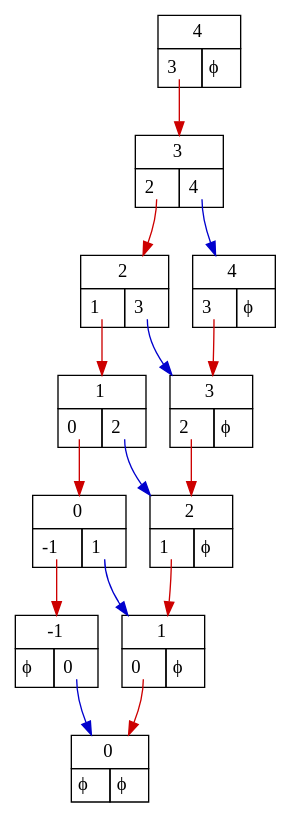
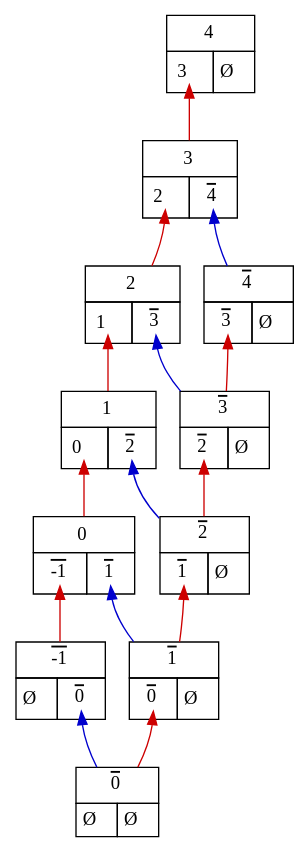
Before and after one commit to mroughan/SurrealNumbers.jl: the diagram in examples/Data/multiplication_ex_3.dot, drawn with Graphviz. The commit also changed 16 other files, not shown here.

Commit message:
update, mainly improved figure

```diff
--- a/examples/Data/multiplication_ex_3.dot
+++ b/examples/Data/multiplication_ex_3.dot
@@ -1,82 +1,82 @@
 digraph "4.0" {
    node_1 [shape=none,margin=0,label=
          <<TABLE BORDER="0" CELLBORDER="1" CELLSPACING="0" CELLPADDING="4">
-         <TR><TD COLSPAN="2">4</TD></TR>
-         <TR><TD PORT="L"> <TABLE BORDER="0" CELLBORDER="0" CELLPADDING="0"><TR><TD PORT="3,1"> 3 </TD> &nbsp; </TR></TABLE> </TD><TD PORT="R"> ϕ </TD></TR>
+         <TR><TD  CELLPADDING="5pt" COLSPAN="2">4</TD></TR>
+         <TR><TD PORT="L"> <TABLE BORDER="0" CELLBORDER="0" CELLPADDING="0"><TR><TD CELLPADDING="1pt" PORT="3,1"> 3 </TD> &nbsp; </TR></TABLE> </TD><TD PORT="R"> Ø </TD></TR>
          </TABLE>>,
          ];
-   node_1:"3,1" -> node_2 [color="red3"];
+   node_1:"3,1" -> node_2 [color="red3", dir=back];
    node_2 [shape=none,margin=0,label=
          <<TABLE BORDER="0" CELLBORDER="1" CELLSPACING="0" CELLPADDING="4">
-         <TR><TD COLSPAN="2">3</TD></TR>
-         <TR><TD PORT="L"> <TABLE BORDER="0" CELLBORDER="0" CELLPADDING="0"><TR><TD PORT="2,1"> 2 </TD> &nbsp; </TR></TABLE> </TD><TD PORT="R"> <TABLE BORDER="0" CELLBORDER="0" CELLPADDING="0"><TR><TD PORT="4,1"> 4 </TD> &nbsp; </TR></TABLE> </TD></TR>
+         <TR><TD  CELLPADDING="5pt" COLSPAN="2">3</TD></TR>
+         <TR><TD PORT="L"> <TABLE BORDER="0" CELLBORDER="0" CELLPADDING="0"><TR><TD CELLPADDING="1pt" PORT="2,1"> 2 </TD> &nbsp; </TR></TABLE> </TD><TD PORT="R"> <TABLE BORDER="0" CELLBORDER="0" CELLPADDING="0"><TR><TD CELLPADDING="1pt"  PORT="4,1"> <o>4</o> </TD> &nbsp; </TR></TABLE> </TD></TR>
          </TABLE>>,
          ];
-   node_2:"2,1" -> node_3 [color="red3"];
+   node_2:"2,1" -> node_3 [color="red3", dir=back];
    node_3 [shape=none,margin=0,label=
          <<TABLE BORDER="0" CELLBORDER="1" CELLSPACING="0" CELLPADDING="4">
-         <TR><TD COLSPAN="2">2</TD></TR>
-         <TR><TD PORT="L"> <TABLE BORDER="0" CELLBORDER="0" CELLPADDING="0"><TR><TD PORT="1,1"> 1 </TD> &nbsp; </TR></TABLE> </TD><TD PORT="R"> <TABLE BORDER="0" CELLBORDER="0" CELLPADDING="0"><TR><TD PORT="3,1"> 3 </TD> &nbsp; </TR></TABLE> </TD></TR>
+         <TR><TD  CELLPADDING="5pt" COLSPAN="2">2</TD></TR>
+         <TR><TD PORT="L"> <TABLE BORDER="0" CELLBORDER="0" CELLPADDING="0"><TR><TD CELLPADDING="1pt" PORT="1,1"> 1 </TD> &nbsp; </TR></TABLE> </TD><TD PORT="R"> <TABLE BORDER="0" CELLBORDER="0" CELLPADDING="0"><TR><TD CELLPADDING="1pt"  PORT="3,1"> <o>3</o> </TD> &nbsp; </TR></TABLE> </TD></TR>
          </TABLE>>,
          ];
-   node_3:"1,1" -> node_4 [color="red3"];
+   node_3:"1,1" -> node_4 [color="red3", dir=back];
    node_4 [shape=none,margin=0,label=
          <<TABLE BORDER="0" CELLBORDER="1" CELLSPACING="0" CELLPADDING="4">
-         <TR><TD COLSPAN="2">1</TD></TR>
-         <TR><TD PORT="L"> <TABLE BORDER="0" CELLBORDER="0" CELLPADDING="0"><TR><TD PORT="0,1"> 0 </TD> &nbsp; </TR></TABLE> </TD><TD PORT="R"> <TABLE BORDER="0" CELLBORDER="0" CELLPADDING="0"><TR><TD PORT="2,1"> 2 </TD> &nbsp; </TR></TABLE> </TD></TR>
+         <TR><TD  CELLPADDING="5pt" COLSPAN="2">1</TD></TR>
+         <TR><TD PORT="L"> <TABLE BORDER="0" CELLBORDER="0" CELLPADDING="0"><TR><TD CELLPADDING="1pt" PORT="0,1"> 0 </TD> &nbsp; </TR></TABLE> </TD><TD PORT="R"> <TABLE BORDER="0" CELLBORDER="0" CELLPADDING="0"><TR><TD CELLPADDING="1pt"  PORT="2,1"> <o>2</o> </TD> &nbsp; </TR></TABLE> </TD></TR>
          </TABLE>>,
          ];
-   node_4:"0,1" -> node_5 [color="red3"];
+   node_4:"0,1" -> node_5 [color="red3", dir=back];
    node_5 [shape=none,margin=0,label=
          <<TABLE BORDER="0" CELLBORDER="1" CELLSPACING="0" CELLPADDING="4">
-         <TR><TD COLSPAN="2">0</TD></TR>
-         <TR><TD PORT="L"> <TABLE BORDER="0" CELLBORDER="0" CELLPADDING="0"><TR><TD PORT="-1,1"> -1 </TD> &nbsp; </TR></TABLE> </TD><TD PORT="R"> <TABLE BORDER="0" CELLBORDER="0" CELLPADDING="0"><TR><TD PORT="1,1"> 1 </TD> &nbsp; </TR></TABLE> </TD></TR>
+         <TR><TD  CELLPADDING="5pt" COLSPAN="2">0</TD></TR>
+         <TR><TD PORT="L"> <TABLE BORDER="0" CELLBORDER="0" CELLPADDING="0"><TR><TD CELLPADDING="1pt" PORT="-1,1"> <o>-1</o> </TD> &nbsp; </TR></TABLE> </TD><TD PORT="R"> <TABLE BORDER="0" CELLBORDER="0" CELLPADDING="0"><TR><TD CELLPADDING="1pt"  PORT="1,1"> <o>1</o> </TD> &nbsp; </TR></TABLE> </TD></TR>
          </TABLE>>,
          ];
-   node_5:"-1,1" -> node_6 [color="red3"];
+   node_5:"-1,1" -> node_6 [color="red3", dir=back];
    node_6 [shape=none,margin=0,label=
          <<TABLE BORDER="0" CELLBORDER="1" CELLSPACING="0" CELLPADDING="4">
-         <TR><TD COLSPAN="2">-1</TD></TR>
-         <TR><TD PORT="L"> ϕ </TD><TD PORT="R"> <TABLE BORDER="0" CELLBORDER="0" CELLPADDING="0"><TR><TD PORT="0,1"> 0 </TD> &nbsp; </TR></TABLE> </TD></TR>
+         <TR><TD  CELLPADDING="5pt" COLSPAN="2"><o>-1</o></TD></TR>
+         <TR><TD PORT="L"> Ø </TD><TD PORT="R"> <TABLE BORDER="0" CELLBORDER="0" CELLPADDING="0"><TR><TD CELLPADDING="1pt"  PORT="0,1"> <o>0</o> </TD> &nbsp; </TR></TABLE> </TD></TR>
          </TABLE>>,
          ];
-   node_6:"0,1" -> node_7 [color="blue3"];
+   node_6:"0,1" -> node_7 [color="blue3", dir=back];
    node_7 [shape=none,margin=0,label=
          <<TABLE BORDER="0" CELLBORDER="1" CELLSPACING="0" CELLPADDING="4">
-         <TR><TD COLSPAN="2">0</TD></TR>
-         <TR><TD PORT="L"> ϕ </TD><TD PORT="R"> ϕ </TD></TR>
+         <TR><TD  CELLPADDING="5pt" COLSPAN="2"><o>0</o></TD></TR>
+         <TR><TD PORT="L"> Ø </TD><TD PORT="R"> Ø </TD></TR>
          </TABLE>>,
          ];
-   node_5:"1,1" -> node_8 [color="blue3"];
+   node_5:"1,1" -> node_8 [color="blue3", dir=back];
    node_8 [shape=none,margin=0,label=
          <<TABLE BORDER="0" CELLBORDER="1" CELLSPACING="0" CELLPADDING="4">
-         <TR><TD COLSPAN="2">1</TD></TR>
-         <TR><TD PORT="L"> <TABLE BORDER="0" CELLBORDER="0" CELLPADDING="0"><TR><TD PORT="0,1"> 0 </TD> &nbsp; </TR></TABLE> </TD><TD PORT="R"> ϕ </TD></TR>
+         <TR><TD  CELLPADDING="5pt" COLSPAN="2"><o>1</o></TD></TR>
+         <TR><TD PORT="L"> <TABLE BORDER="0" CELLBORDER="0" CELLPADDING="0"><TR><TD CELLPADDING="1pt" PORT="0,1"> <o>0</o> </TD> &nbsp; </TR></TABLE> </TD><TD PORT="R"> Ø </TD></TR>
          </TABLE>>,
          ];
-   node_8:"0,1" -> node_7 [color="red3"];
-   node_4:"2,1" -> node_9 [color="blue3"];
+   node_8:"0,1" -> node_7 [color="red3", dir=back];
+   node_4:"2,1" -> node_9 [color="blue3", dir=back];
    node_9 [shape=none,margin=0,label=
          <<TABLE BORDER="0" CELLBORDER="1" CELLSPACING="0" CELLPADDING="4">
-         <TR><TD COLSPAN="2">2</TD></TR>
-         <TR><TD PORT="L"> <TABLE BORDER="0" CELLBORDER="0" CELLPADDING="0"><TR><TD PORT="1,1"> 1 </TD> &nbsp; </TR></TABLE> </TD><TD PORT="R"> ϕ </TD></TR>
+         <TR><TD  CELLPADDING="5pt" COLSPAN="2"><o>2</o></TD></TR>
+         <TR><TD PORT="L"> <TABLE BORDER="0" CELLBORDER="0" CELLPADDING="0"><TR><TD CELLPADDING="1pt" PORT="1,1"> <o>1</o> </TD> &nbsp; </TR></TABLE> </TD><TD PORT="R"> Ø </TD></TR>
          </TABLE>>,
          ];
-   node_9:"1,1" -> node_8 [color="red3"];
-   node_3:"3,1" -> node_10 [color="blue3"];
+   node_9:"1,1" -> node_8 [color="red3", dir=back];
+   node_3:"3,1" -> node_10 [color="blue3", dir=back];
    node_10 [shape=none,margin=0,label=
          <<TABLE BORDER="0" CELLBORDER="1" CELLSPACING="0" CELLPADDING="4">
-         <TR><TD COLSPAN="2">3</TD></TR>
-         <TR><TD PORT="L"> <TABLE BORDER="0" CELLBORDER="0" CELLPADDING="0"><TR><TD PORT="2,1"> 2 </TD> &nbsp; </TR></TABLE> </TD><TD PORT="R"> ϕ </TD></TR>
+         <TR><TD  CELLPADDING="5pt" COLSPAN="2"><o>3</o></TD></TR>
+         <TR><TD PORT="L"> <TABLE BORDER="0" CELLBORDER="0" CELLPADDING="0"><TR><TD CELLPADDING="1pt" PORT="2,1"> <o>2</o> </TD> &nbsp; </TR></TABLE> </TD><TD PORT="R"> Ø </TD></TR>
          </TABLE>>,
          ];
-   node_10:"2,1" -> node_9 [color="red3"];
-   node_2:"4,1" -> node_11 [color="blue3"];
+   node_10:"2,1" -> node_9 [color="red3", dir=back];
+   node_2:"4,1" -> node_11 [color="blue3", dir=back];
    node_11 [shape=none,margin=0,label=
          <<TABLE BORDER="0" CELLBORDER="1" CELLSPACING="0" CELLPADDING="4">
-         <TR><TD COLSPAN="2">4</TD></TR>
-         <TR><TD PORT="L"> <TABLE BORDER="0" CELLBORDER="0" CELLPADDING="0"><TR><TD PORT="3,1"> 3 </TD> &nbsp; </TR></TABLE> </TD><TD PORT="R"> ϕ </TD></TR>
+         <TR><TD  CELLPADDING="5pt" COLSPAN="2"><o>4</o></TD></TR>
+         <TR><TD PORT="L"> <TABLE BORDER="0" CELLBORDER="0" CELLPADDING="0"><TR><TD CELLPADDING="1pt" PORT="3,1"> <o>3</o> </TD> &nbsp; </TR></TABLE> </TD><TD PORT="R"> Ø </TD></TR>
          </TABLE>>,
          ];
-   node_11:"3,1" -> node_10 [color="red3"];
+   node_11:"3,1" -> node_10 [color="red3", dir=back];
 }
```
